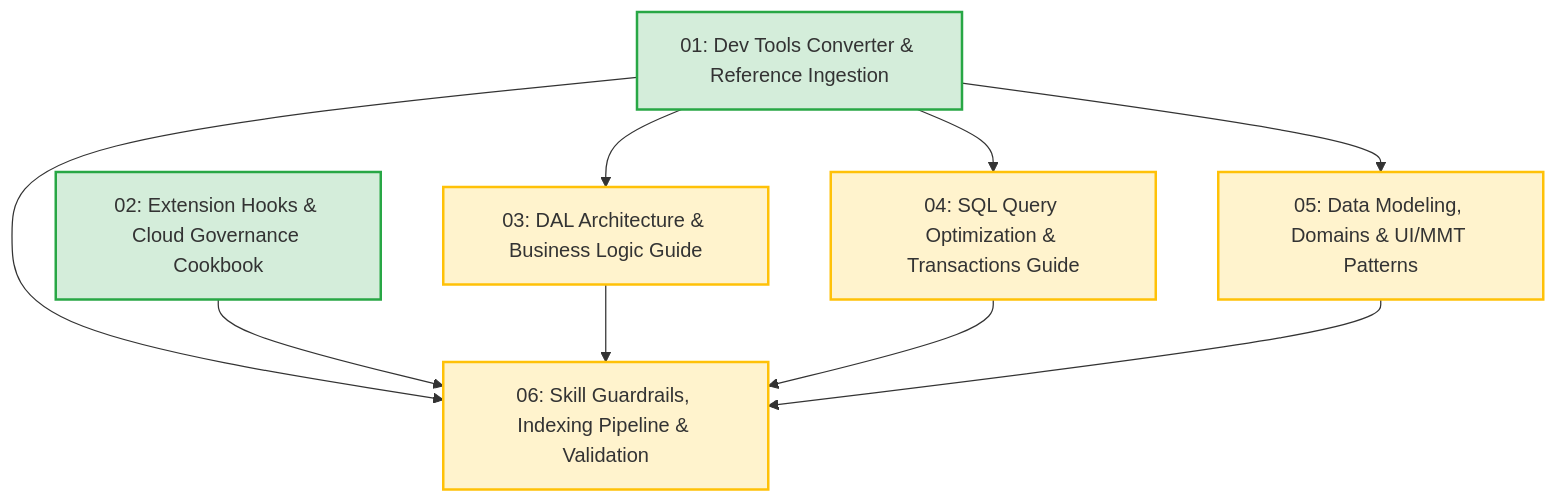
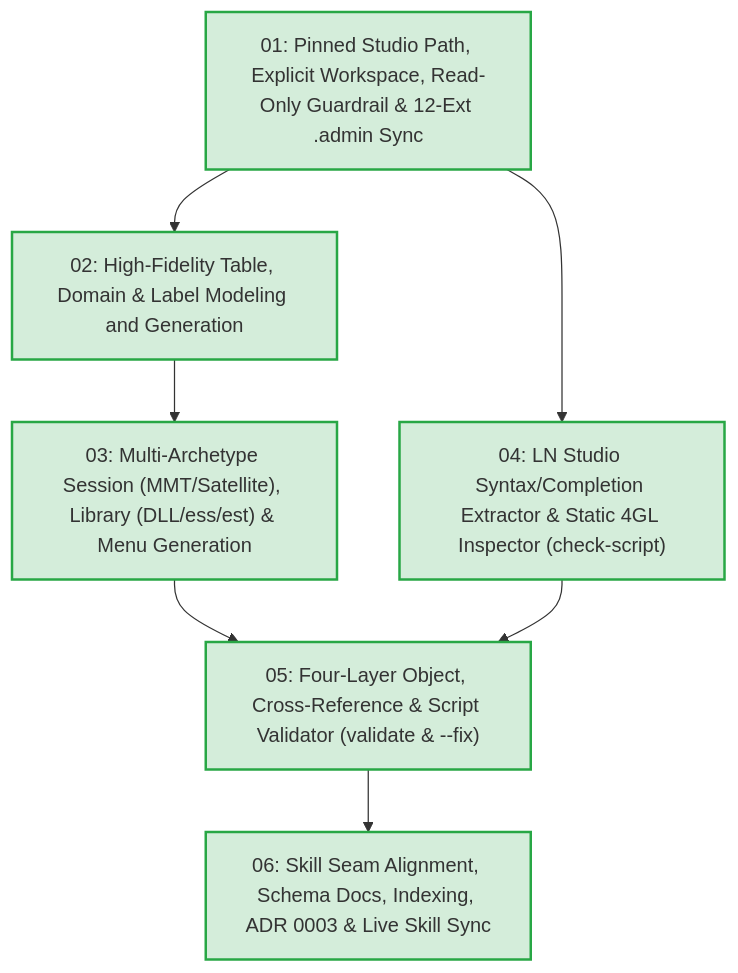
Before and after one commit to VerginEvil/Skill_LN: the diagram in Tickets.md, drawn with Mermaid. The commit also changed other lines of this file and 25 other files, not shown here.

First line of the commit message:
feat(ln-studio): object modeling, SCM guardrails, 4-layer validator & docs update

````diff
--- a/Tickets.md
+++ b/Tickets.md
@@ -12,25 +15,20 @@
 ```mermaid
 flowchart TD
-    T01["01: Dev Tools Converter & Reference Ingestion"]
-    T02["02: Extension Hooks & Cloud Governance Cookbook"]
-    T03["03: DAL Architecture & Business Logic Guide"]
-    T04["04: SQL Query Optimization & Transactions Guide"]
-    T05["05: Data Modeling, Domains & UI/MMT Patterns"]
-    T06["06: Skill Guardrails, Indexing Pipeline & Validation"]
+    T01["01: Pinned Studio Path, Explicit Workspace, Read-Only Guardrail & 12-Ext .admin Sync"]
+    T02["02: High-Fidelity Table, Domain & Label Modeling and Generation"]
+    T03["03: Multi-Archetype Session (MMT/Satellite), Library (DLL/ess/est) & Menu Generation"]
+    T04["04: LN Studio Syntax/Completion Extractor & Static 4GL Inspector (check-script)"]
+    T05["05: Four-Layer Object, Cross-Reference & Script Validator (validate & --fix)"]
+    T06["06: Skill Seam Alignment, Schema Docs, Indexing, ADR 0003 & Live Skill Sync"]
 
-    T01 --> T03
+    T01 --> T02
+    T02 --> T03
     T01 --> T04
-    T01 --> T05
-
-    T01 --> T06
-    T02 --> T06
-    T03 --> T06
-    T04 --> T06
+    T03 --> T05
+    T04 --> T05
     T05 --> T06
 
-    classDef ready fill:#d4edda,stroke:#28a745,stroke-width:2px;
-    classDef blocked fill:#fff3cd,stroke:#ffc107,stroke-width:2px;
+    classDef done fill:#d4edda,stroke:#28a745,stroke-width:2px;
 
-    class T01,T02 ready;
-    class T03,T04,T05,T06 blocked;
+    class T01,T02,T03,T04,T05,T06 done;
 ```
````
